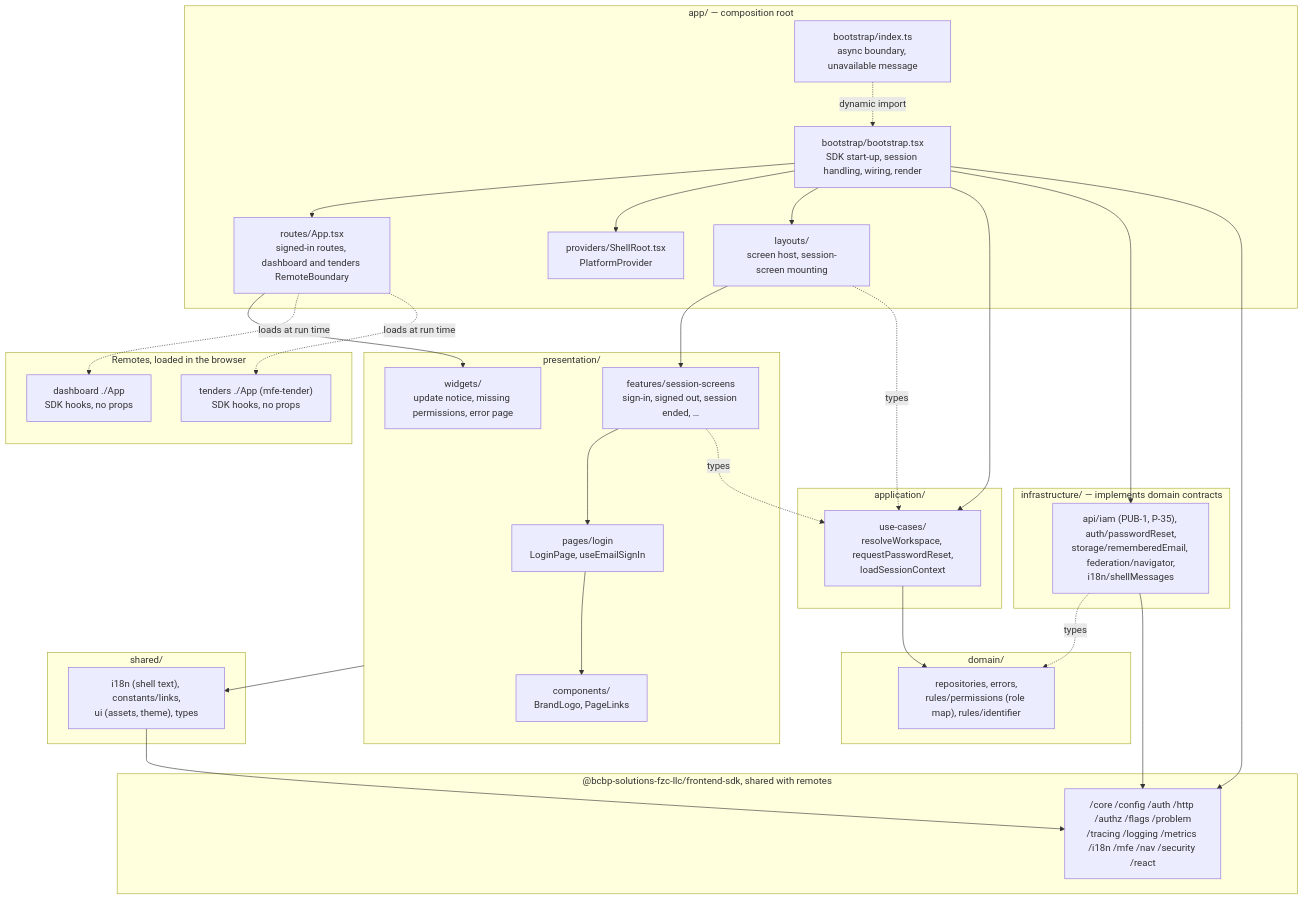
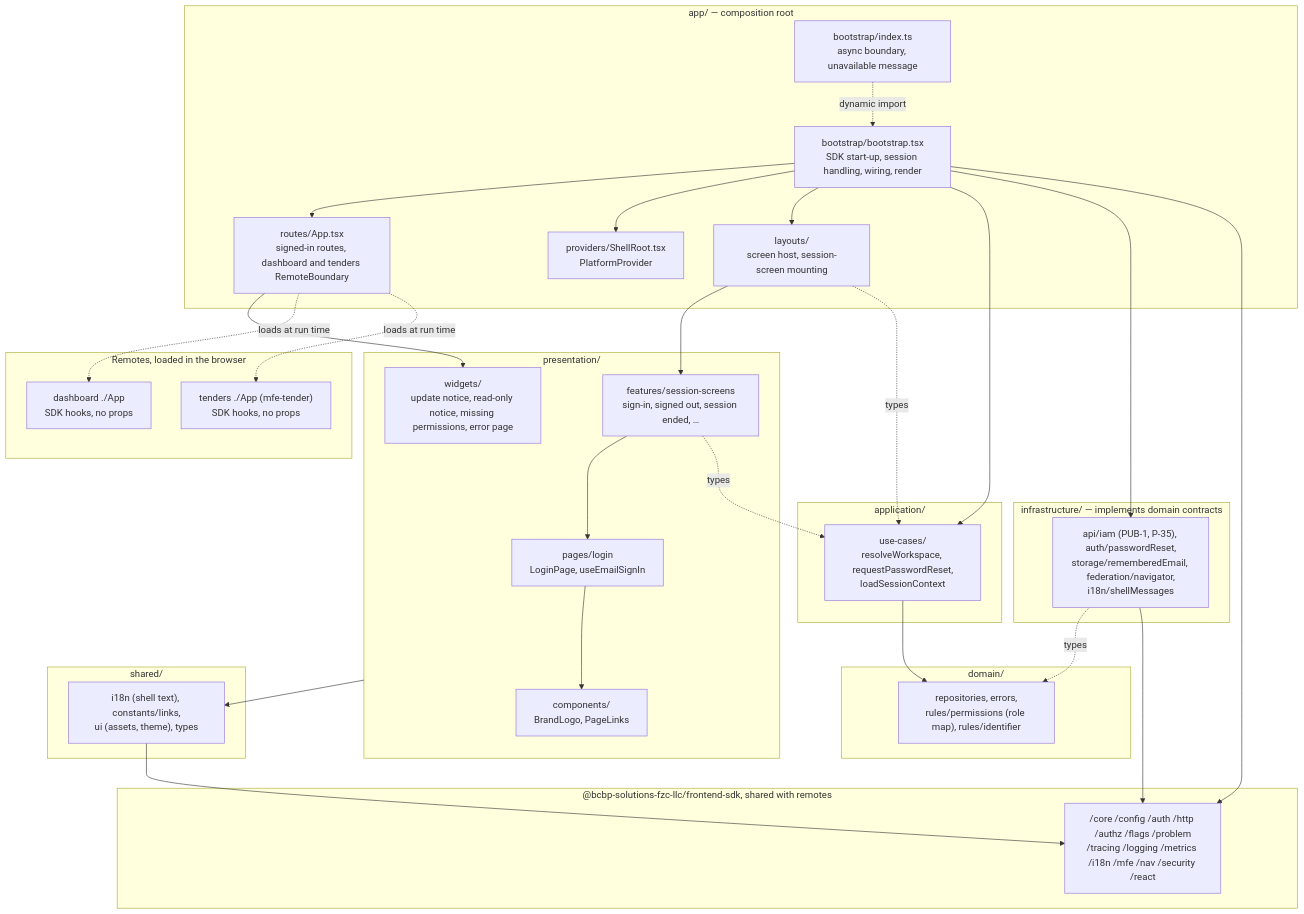
Before and after one commit to BCBP-SOLUTIONS-FZC-LLC/web-shell: the diagram in docs/architecture/mermaid/layer-model.mmd, drawn with Mermaid. The commit also changed 16 other files, not shown here.

First line of the commit message:
Tell the user when the workspace is read-only (IAM spec §7.10) (#75)

```diff
--- a/docs/architecture/mermaid/layer-model.mmd
+++ b/docs/architecture/mermaid/layer-model.mmd
@@ -1,61 +1,61 @@
 graph TD
     subgraph app["app/ — composition root"]
         index["bootstrap/index.ts\nasync boundary, unavailable message"]
         boot["bootstrap/bootstrap.tsx\nSDK start-up, session handling, wiring, render"]
         routes["routes/App.tsx\nsigned-in routes, dashboard and tenders RemoteBoundary"]
         providers["providers/ShellRoot.tsx\nPlatformProvider"]
         layouts["layouts/\nscreen host, session-screen mounting"]
     end
 
     subgraph presentation["presentation/"]
         pages["pages/login\nLoginPage, useEmailSignIn"]
         features["features/session-screens\nsign-in, signed out, session ended, …"]
-        widgets["widgets/\nupdate notice, missing permissions, error page"]
+        widgets["widgets/\nupdate notice, read-only notice, missing permissions, error page"]
         components["components/\nBrandLogo, PageLinks"]
     end
 
     subgraph application["application/"]
         usecases["use-cases/\nresolveWorkspace, requestPasswordReset,\nloadSessionContext"]
     end
 
     subgraph domain["domain/"]
         dom["repositories, errors,\nrules/permissions (role map), rules/identifier"]
     end
 
     subgraph infrastructure["infrastructure/ — implements domain contracts"]
         infra["api/iam (PUB-1, P-35), auth/passwordReset,\nstorage/rememberedEmail, federation/navigator,\ni18n/shellMessages"]
     end
 
     subgraph shared["shared/"]
         sh["i18n (shell text), constants/links,\nui (assets, theme), types"]
     end
 
     subgraph sdk["@bcbp-solutions-fzc-llc/frontend-sdk, shared with remotes"]
         sdkmods["/core /config /auth /http /authz /flags /problem\n/tracing /logging /metrics /i18n /mfe /nav /security /react"]
     end
 
     subgraph remote["Remotes, loaded in the browser"]
         dashboard["dashboard ./App\nSDK hooks, no props"]
         tenders["tenders ./App (mfe-tender)\nSDK hooks, no props"]
     end
 
     index -. dynamic import .-> boot
     boot --> routes
     boot --> providers
     boot --> layouts
     boot --> usecases
     boot --> infra
     boot --> sdkmods
     routes --> widgets
     routes -. loads at run time .-> dashboard
     routes -. loads at run time .-> tenders
     layouts --> features
     features --> pages
     pages --> components
     features -. types .-> usecases
     layouts -. types .-> usecases
     usecases --> dom
     infra -. types .-> dom
     infra --> sdkmods
     presentation --> sh
     sh --> sdkmods
```
